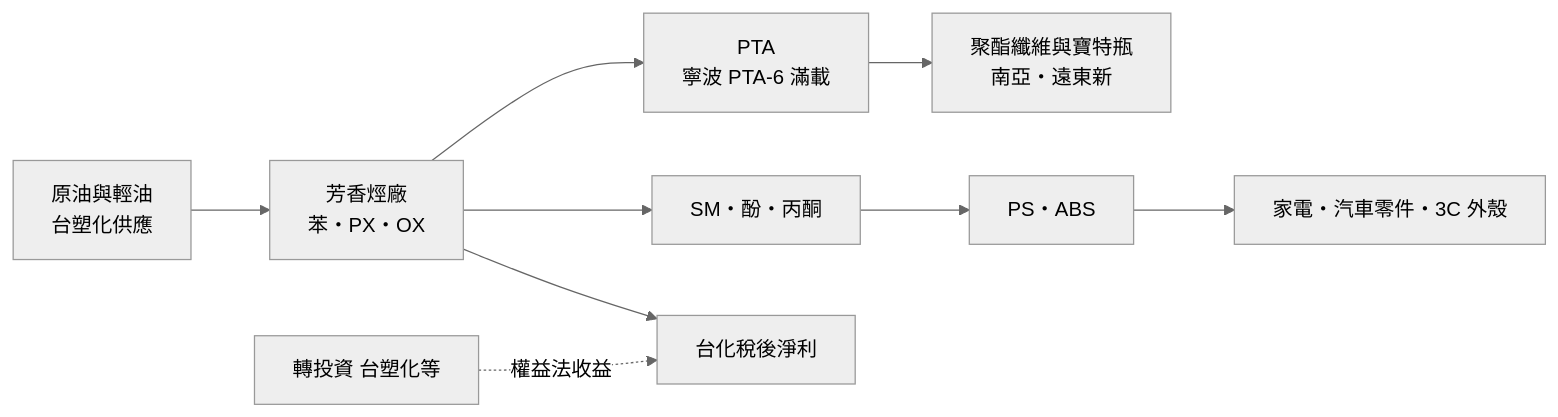
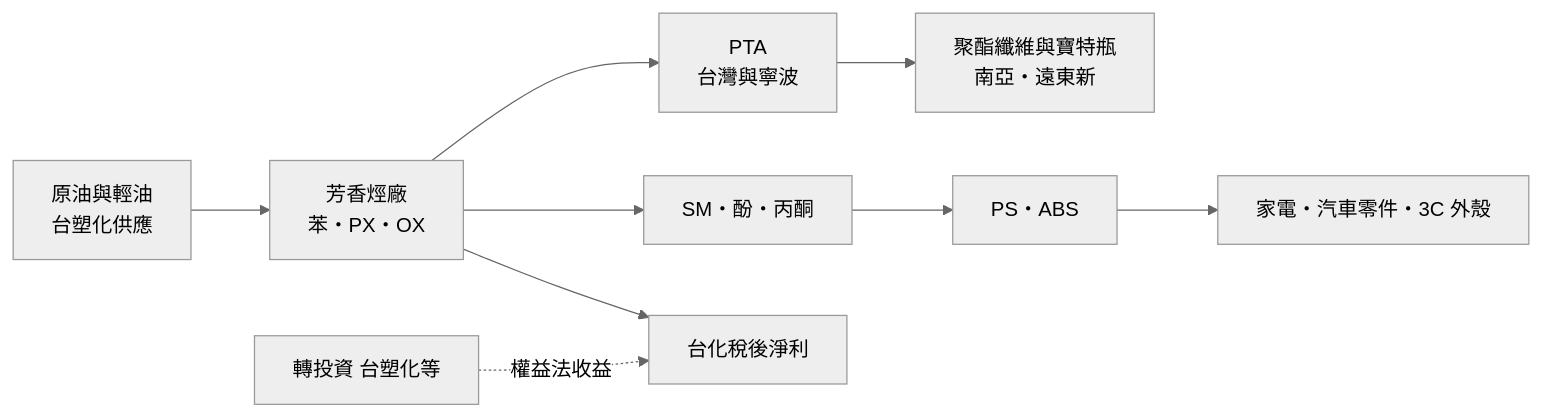
One commit to wangnick1004/taiwan-stock-vault changed the first of 3 diagrams in 個股/台股/1326台化.md. Above: the diagram before and after it, drawn with Mermaid (neutral theme). The commit also changed other lines of this file and 16 other files, not shown here.

````diff
--- a/個股/台股/1326台化.md
+++ b/個股/台股/1326台化.md
@@ -61,11 +61,11 @@
 ```mermaid
 flowchart LR
     A[原油與輕油<br/>台塑化供應] --> B[芳香烴廠<br/>苯・PX・OX]
-    B --> C[PTA<br/>寧波 PTA-6 滿載]
+    B --> C[PTA<br/>台灣與寧波]
     B --> D[SM・酚・丙酮]
     D --> E[PS・ABS]
     C --> F[聚酯纖維與寶特瓶<br/>南亞・遠東新]
     E --> G[家電・汽車零件・3C 外殼]
     H[轉投資 台塑化等] -. 權益法收益 .-> I[台化稅後淨利]
     B --> I
 ```
````
